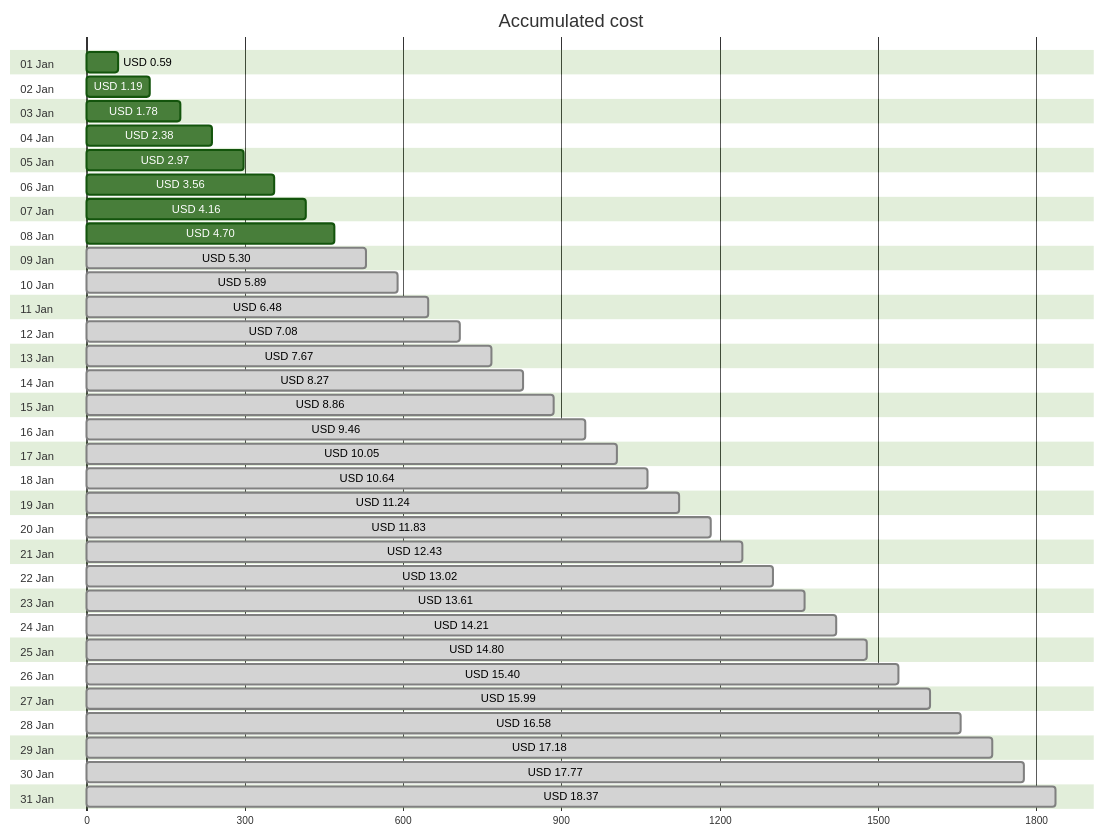
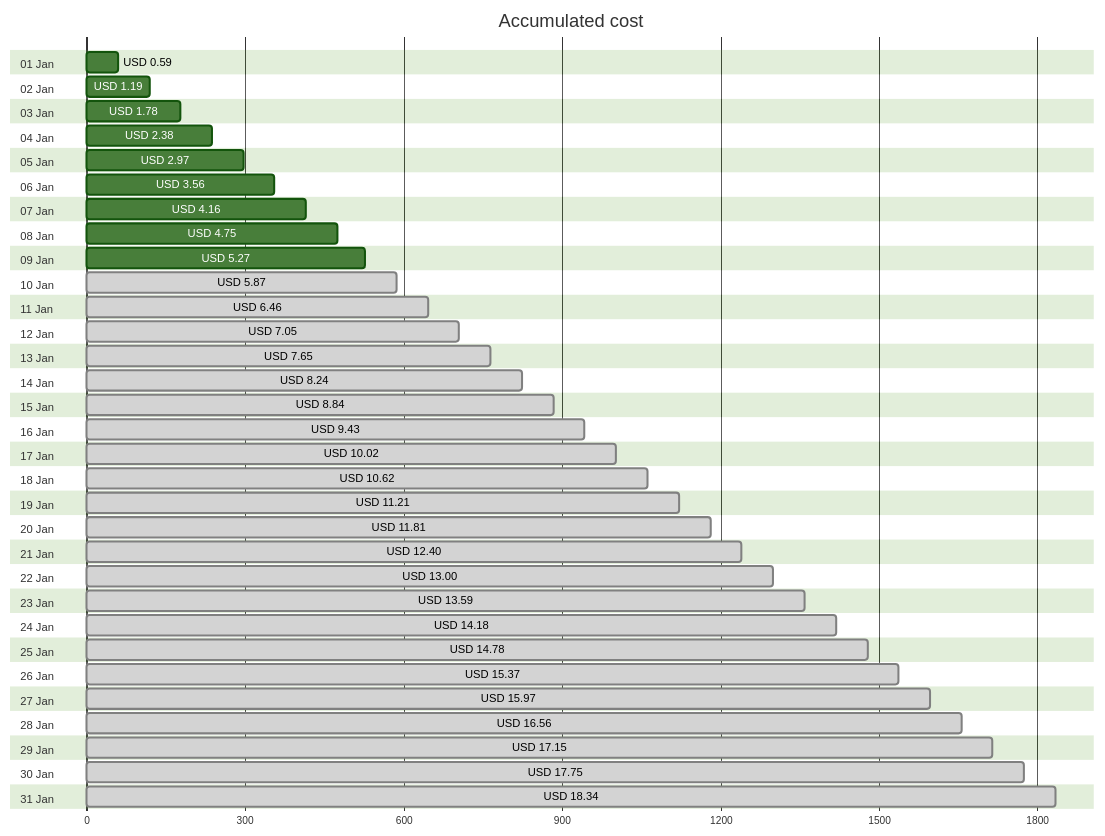
Before and after one commit to jpfulton/azure-personal-reports: the first of 4 diagrams in cost-reports/personal-site/README.md, drawn with Mermaid (forest theme). The commit also changed other lines of this file and 6 other files, not shown here.

````diff
--- a/cost-reports/personal-site/README.md
+++ b/cost-reports/personal-site/README.md
@@ -20,68 +20,68 @@
 ```mermaid
 gantt
    title Accumulated cost
    dateFormat  X
    axisFormat %s
    section 01 Jan
    USD 0.59 :0, 59
    section 02 Jan
    USD 1.19 :0, 119
    section 03 Jan
    USD 1.78 :0, 178
    section 04 Jan
    USD 2.38 :0, 238
    section 05 Jan
    USD 2.97 :0, 297
    section 06 Jan
    USD 3.56 :0, 356
    section 07 Jan
    USD 4.16 :0, 416
    section 08 Jan
-   USD 4.70 :0, 470
+   USD 4.75 :0, 475
    section 09 Jan
-   USD 5.30 : done, 0, 530
+   USD 5.27 :0, 527
    section 10 Jan
-   USD 5.89 : done, 0, 589
+   USD 5.87 : done, 0, 587
    section 11 Jan
-   USD 6.48 : done, 0, 648
+   USD 6.46 : done, 0, 646
    section 12 Jan
-   USD 7.08 : done, 0, 708
+   USD 7.05 : done, 0, 705
    section 13 Jan
-   USD 7.67 : done, 0, 767
+   USD 7.65 : done, 0, 765
    section 14 Jan
-   USD 8.27 : done, 0, 827
+   USD 8.24 : done, 0, 824
    section 15 Jan
-   USD 8.86 : done, 0, 886
+   USD 8.84 : done, 0, 884
    section 16 Jan
-   USD 9.46 : done, 0, 946
+   USD 9.43 : done, 0, 943
    section 17 Jan
-   USD 10.05 : done, 0, 1005
+   USD 10.02 : done, 0, 1002
    section 18 Jan
-   USD 10.64 : done, 0, 1064
+   USD 10.62 : done, 0, 1062
    section 19 Jan
-   USD 11.24 : done, 0, 1124
+   USD 11.21 : done, 0, 1121
    section 20 Jan
-   USD 11.83 : done, 0, 1183
+   USD 11.81 : done, 0, 1181
    section 21 Jan
-   USD 12.43 : done, 0, 1243
+   USD 12.40 : done, 0, 1240
    section 22 Jan
-   USD 13.02 : done, 0, 1302
+   USD 13.00 : done, 0, 1300
    section 23 Jan
-   USD 13.61 : done, 0, 1361
+   USD 13.59 : done, 0, 1359
    section 24 Jan
-   USD 14.21 : done, 0, 1421
+   USD 14.18 : done, 0, 1418
    section 25 Jan
-   USD 14.80 : done, 0, 1480
+   USD 14.78 : done, 0, 1478
    section 26 Jan
-   USD 15.40 : done, 0, 1540
+   USD 15.37 : done, 0, 1537
    section 27 Jan
-   USD 15.99 : done, 0, 1599
+   USD 15.97 : done, 0, 1597
    section 28 Jan
-   USD 16.58 : done, 0, 1658
+   USD 16.56 : done, 0, 1656
    section 29 Jan
-   USD 17.18 : done, 0, 1718
+   USD 17.15 : done, 0, 1715
    section 30 Jan
-   USD 17.77 : done, 0, 1777
+   USD 17.75 : done, 0, 1775
    section 31 Jan
-   USD 18.37 : done, 0, 1837
+   USD 18.34 : done, 0, 1834
 ```
````
